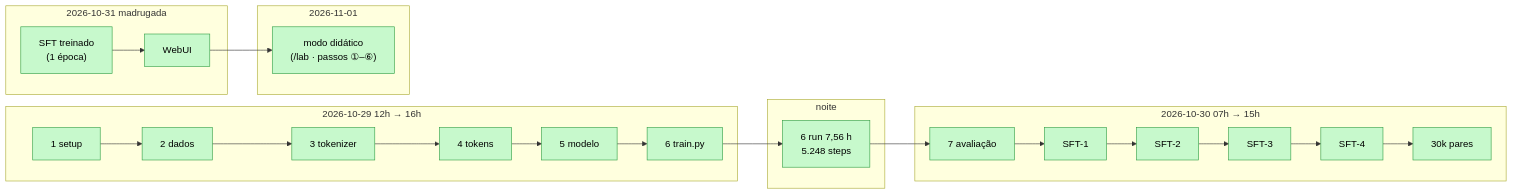
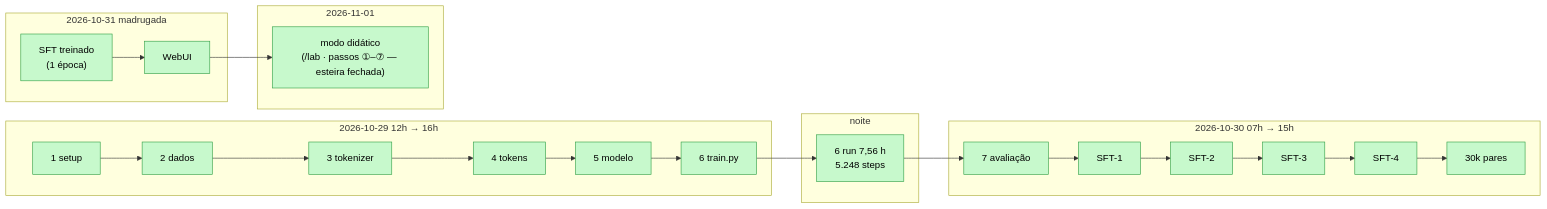
Before and after one commit to marcelogsouza/pingo: the diagram in docs/00-projeto/Linha do tempo.md, drawn with Mermaid. The commit also changed other lines of this file and 10 other files, not shown here.

First line of the commit message:
docs: estado — esteira ①–⑦ fechada (193 testes)

````diff
--- a/docs/00-projeto/Linha do tempo.md
+++ b/docs/00-projeto/Linha do tempo.md
@@ -103,24 +107,24 @@
 ```mermaid
 flowchart LR
     subgraph "2026-10-29 12h → 16h"
         p1["1 setup"] --> p2["2 dados"] --> p3["3 tokenizer"] --> p4["4 tokens"] --> p5["5 modelo"] --> p6a["6 train.py"]
     end
     subgraph "noite"
         p6b["6 run 7,56 h<br/>5.248 steps"]
     end
     subgraph "2026-10-30 07h → 15h"
         p7["7 avaliação"] --> sft1["SFT-1"] --> sft2["SFT-2"] --> sft3["SFT-3"] --> sft4["SFT-4"] --> ds["30k pares"]
     end
     subgraph "2026-10-31 madrugada"
         sft5["SFT treinado<br/>(1 época)"] --> wui["WebUI"]
     end
     subgraph "2026-11-01"
-        lab["modo didático<br/>(/lab · passos ①–⑥)"]
+        lab["modo didático<br/>(/lab · passos ①–⑦ — esteira fechada)"]
     end
     p6a --> p6b --> p7
     wui --> lab
 
     classDef feito fill:#c7f9cc,stroke:#2f9e44,color:#000
     classDef rodando fill:#fff3bf,stroke:#f08c00,color:#000
     class p1,p2,p3,p4,p5,p6a,p6b,p7,sft1,sft2,sft3,sft4,ds,sft5,wui,lab feito
 ```
````
